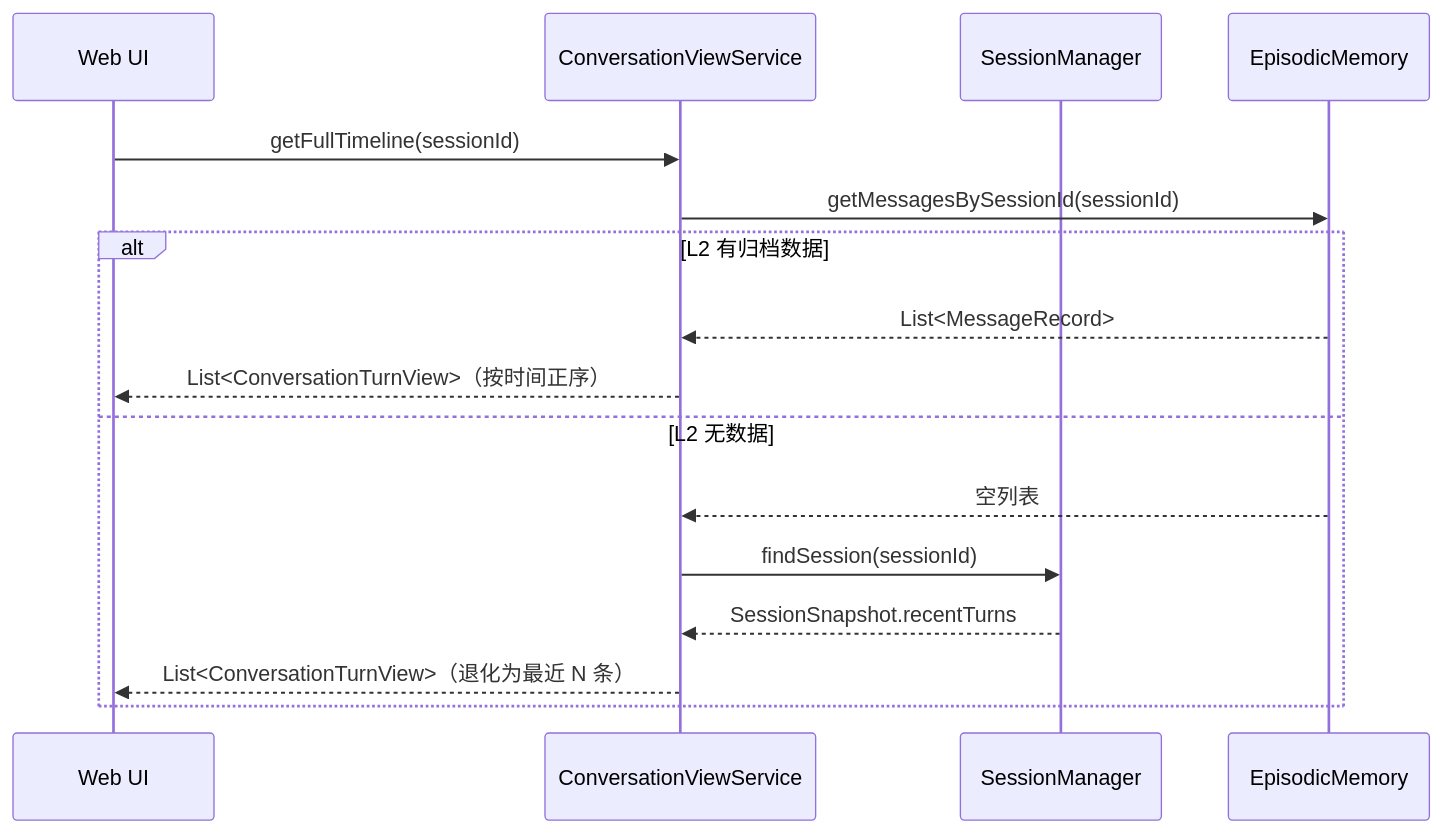
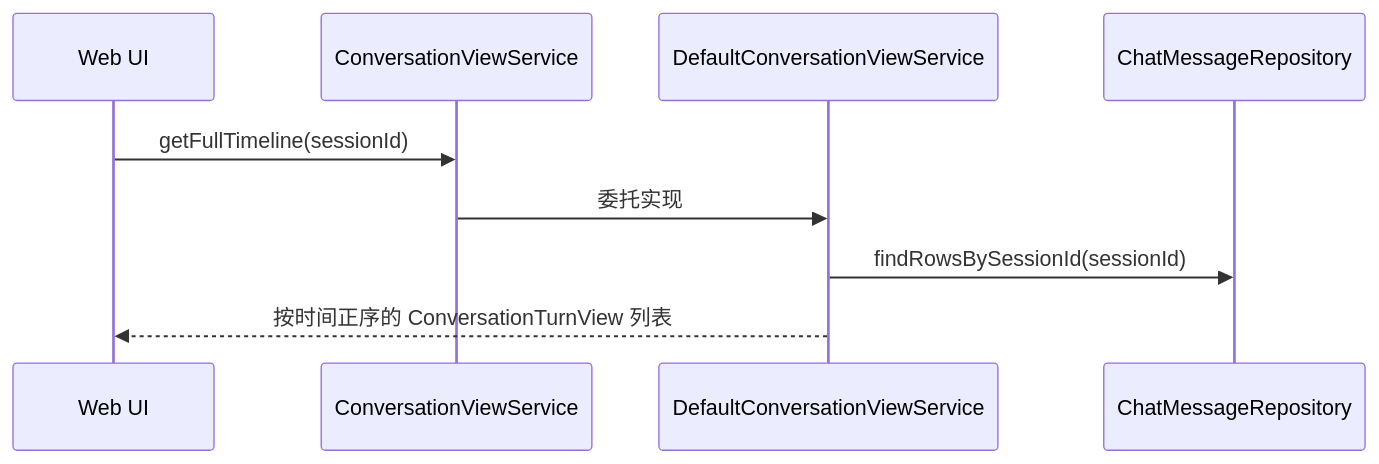
One commit to ntygod/LifePilot changed the third of 3 diagrams in docs/architecture/conversation.md. Above: the diagram before and after it, drawn with Mermaid. The commit also changed other lines of this file and 7 other files, not shown here.

````diff
--- a/docs/architecture/conversation.md
+++ b/docs/architecture/conversation.md
@@ -79,19 +106,12 @@
 ```mermaid
 sequenceDiagram
     participant UI as Web UI
     participant CVS as ConversationViewService
-    participant SM as SessionManager
-    participant EM as EpisodicMemory
+    participant DCS as DefaultConversationViewService
+    participant Repo as ChatMessageRepository
 
     UI->>CVS: getFullTimeline(sessionId)
-    CVS->>EM: getMessagesBySessionId(sessionId)
-    alt L2 有归档数据
-        EM-->>CVS: List<MessageRecord>
-        CVS-->>UI: List<ConversationTurnView>（按时间正序）
-    else L2 无数据
-        EM-->>CVS: 空列表
-        CVS->>SM: findSession(sessionId)
-        SM-->>CVS: SessionSnapshot.recentTurns
-        CVS-->>UI: List<ConversationTurnView>（退化为最近 N 条）
-    end
+    CVS->>DCS: 委托实现
+    DCS->>Repo: findRowsBySessionId(sessionId)
+    DCS-->>UI: 按时间正序的 ConversationTurnView 列表
 ```
````
